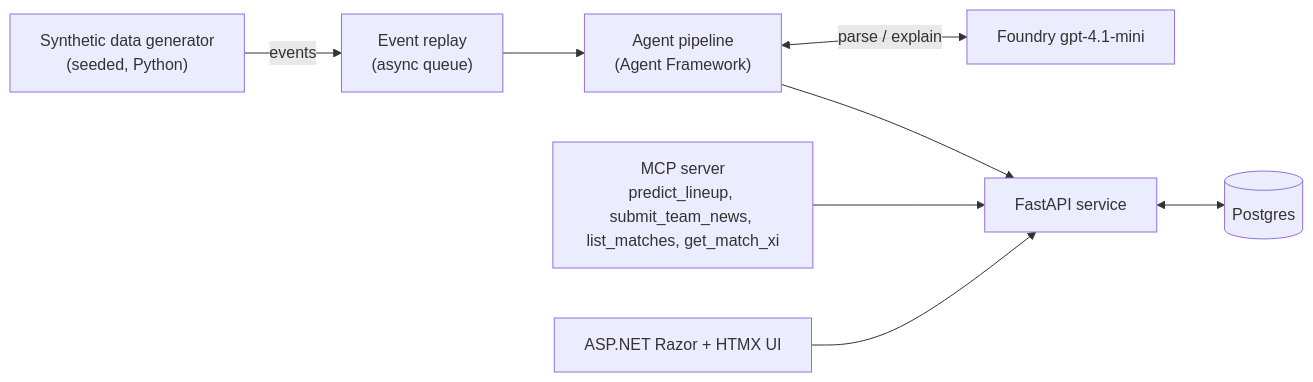
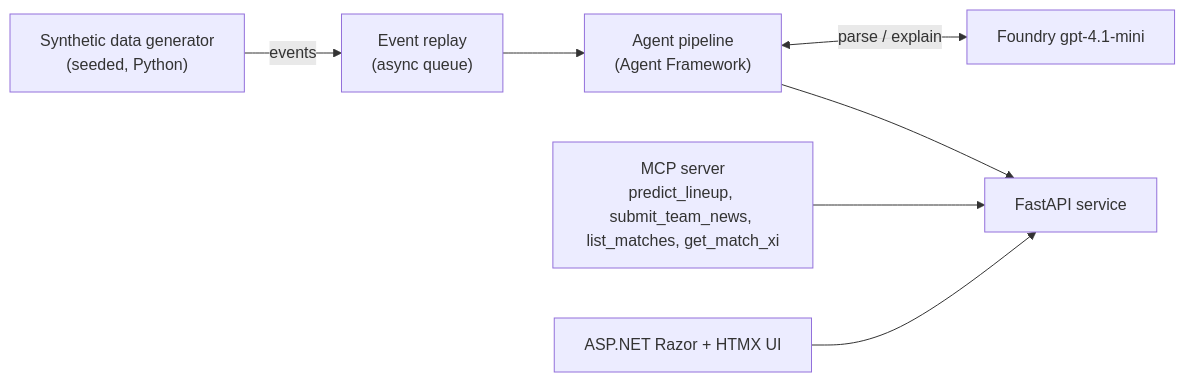
The first of 3 diagrams in ARCHITECTURE.md (ewyuen/lineup-oracle), drawn with Mermaid before and after one commit. The commit also changed other lines of this file and 2 other files, not shown here.

Commit message:
Cut Postgres from the design

````diff
--- a/ARCHITECTURE.md
+++ b/ARCHITECTURE.md
@@ -11,10 +11,9 @@
 ```mermaid
 flowchart LR
     Gen["Synthetic data generator<br/>(seeded, Python)"] -->|events| Replay["Event replay<br/>(async queue)"]
     Replay --> Pipe["Agent pipeline<br/>(Agent Framework)"]
     Pipe <-->|parse / explain| LLM["Foundry gpt-4.1-mini"]
     Pipe --> API["FastAPI service"]
-    API <--> DB[("Postgres")]
     MCP["MCP server<br/>predict_lineup, submit_team_news, list_matches, get_match_xi"] --> API
     UI["ASP.NET Razor + HTMX UI"] --> API
 ```
````
